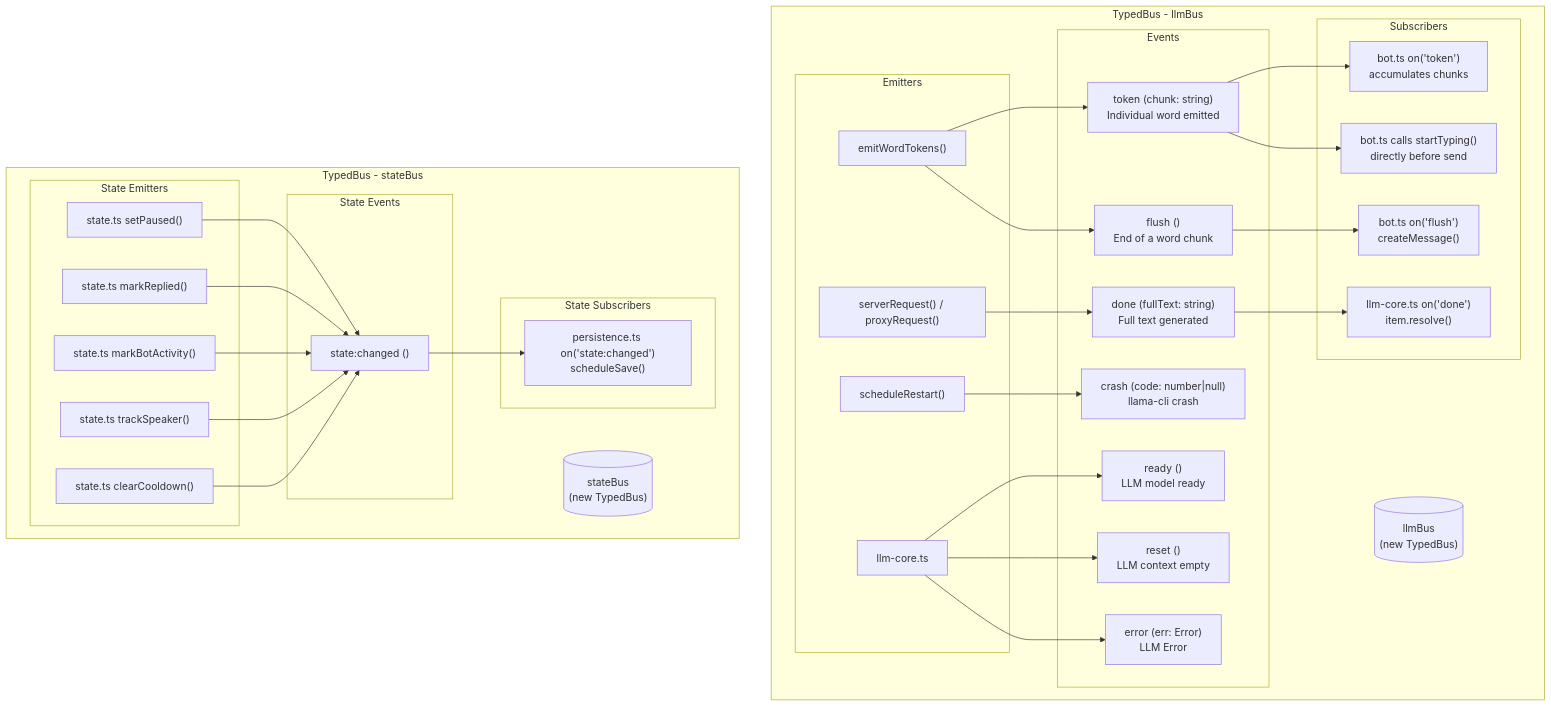
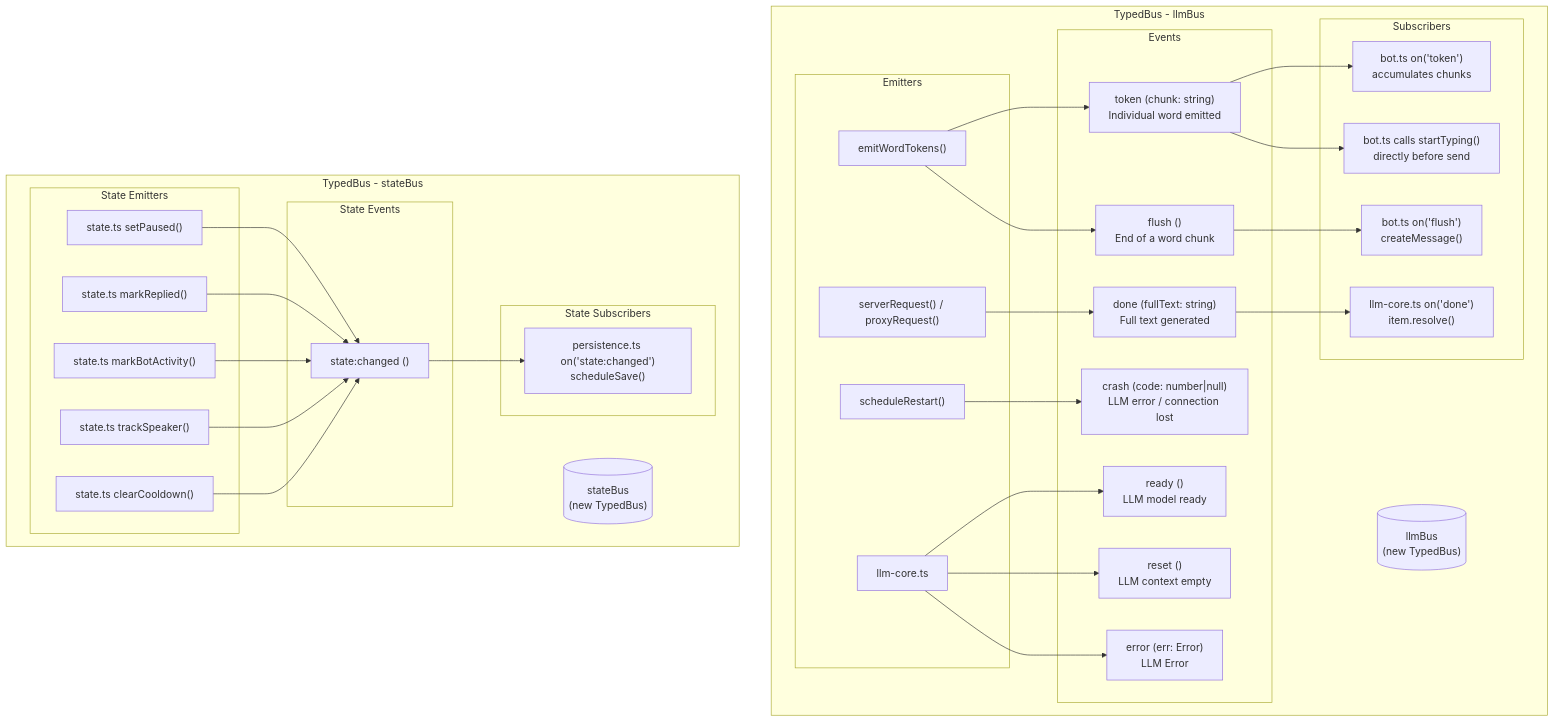
The diagram in state-machines/14-event-bus-architecture.mmd (protocol-luna/krystal), drawn with Mermaid before and after one commit. The commit also changed 55 other files, not shown here.

Commit message:
Update diagrams and docs: remove dead CLI/server modes, add online mode, fix config example

```diff
--- a/state-machines/14-event-bus-architecture.mmd
+++ b/state-machines/14-event-bus-architecture.mmd
@@ -1,69 +1,69 @@
 graph TB
     subgraph "TypedBus<LLMEvents> - llmBus"
         LLMBUS[("llmBus<br/>(new TypedBus<LLMEvents>)")]
         
         subgraph "Emitters"
             CORE["llm-core.ts"]
             CORE_WORD["emitWordTokens()"]
             CORE_CRASH["scheduleRestart()"]
             CORE_BACKEND["serverRequest() / proxyRequest()"]
         end
         
         subgraph "Events"
             TOKEN["token (chunk: string)<br/>Individual word emitted"]
             FLUSH["flush ()<br/>End of a word chunk"]
             DONE["done (fullText: string)<br/>Full text generated"]
             ERROR["error (err: Error)<br/>LLM Error"]
-            CRASH["crash (code: number|null)<br/>llama-cli crash"]
+            CRASH["crash (code: number|null)<br/>LLM error / connection lost"]
             READY["ready ()<br/>LLM model ready"]
             RESET["reset ()<br/>LLM context empty"]
         end
         
         subgraph "Subscribers"
             BOT_TOKEN["bot.ts on('token')<br/>accumulates chunks"]
             BOT_FLUSH["bot.ts on('flush')<br/>createMessage()"]
             BOT_ONCE["bot.ts calls startTyping()<br/>directly before send"]
             CORE_DONE["llm-core.ts on('done')<br/>item.resolve()"]
         end
     end
 
     subgraph "TypedBus<StateEvents> - stateBus"
         STATEBUS[("stateBus<br/>(new TypedBus<StateEvents>)")]
         
         subgraph "State Emitters"
             ST_SET["state.ts setPaused()"]
             ST_MARK["state.ts markReplied()"]
             ST_ACT["state.ts markBotActivity()"]
             ST_TRACK["state.ts trackSpeaker()"]
             ST_CLEAR["state.ts clearCooldown()"]
         end
         
         subgraph "State Events"
             STATE_CH["state:changed ()"]
         end
         
         subgraph "State Subscribers"
             PERSIST["persistence.ts on('state:changed')<br/>scheduleSave()"]
         end
     end
 
     CORE_WORD --> TOKEN
     CORE_WORD --> FLUSH
     CORE_BACKEND --> DONE
     CORE_CRASH --> CRASH
     CORE --> READY
     CORE --> RESET
     CORE --> ERROR
 
     TOKEN --> BOT_TOKEN
     FLUSH --> BOT_FLUSH
     TOKEN --> BOT_ONCE
     DONE --> CORE_DONE
 
     ST_SET --> STATE_CH
     ST_MARK --> STATE_CH
     ST_ACT --> STATE_CH
     ST_TRACK --> STATE_CH
     ST_CLEAR --> STATE_CH
 
     STATE_CH --> PERSIST
```
